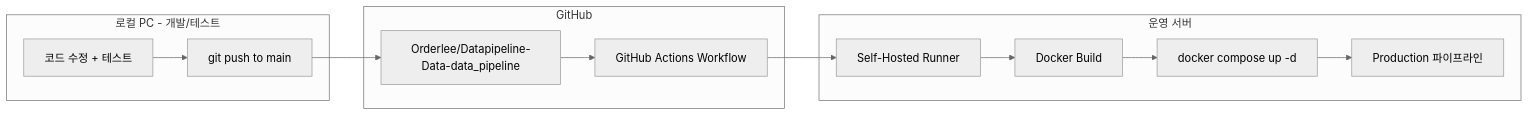
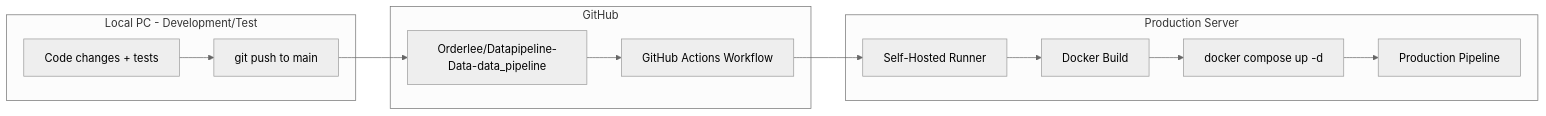
Before and after one commit to Orderlee/pipeline: the diagram in docs/exec-plans/운영_테스트_환경_분리_자동배포_계획.md, drawn with Mermaid (neutral theme). The commit also changed other lines of this file and 128 other files, not shown here.

````diff
--- a/docs/exec-plans/운영_테스트_환경_분리_자동배포_계획.md
+++ b/docs/exec-plans/운영_테스트_환경_분리_자동배포_계획.md
@@ -16,21 +16,21 @@
 ```mermaid
 flowchart LR
-  subgraph localPC [로컬 PC - 개발/테스트]
-    Dev[코드 수정 + 테스트]
+  subgraph localPC [Local PC - Development/Test]
+    Dev[Code changes + tests]
     Push[git push to main]
   end
 
   subgraph github [GitHub]
     Repo[Orderlee/Datapipeline-Data-data_pipeline]
     Actions[GitHub Actions Workflow]
   end
 
-  subgraph prodServer [운영 서버]
+  subgraph prodServer [Production Server]
     Runner[Self-Hosted Runner]
     Build[Docker Build]
     Deploy[docker compose up -d]
-    Prod[Production 파이프라인]
+    Prod[Production Pipeline]
   end
 
   Dev --> Push --> Repo --> Actions --> Runner --> Build --> Deploy --> Prod
 ```
````
